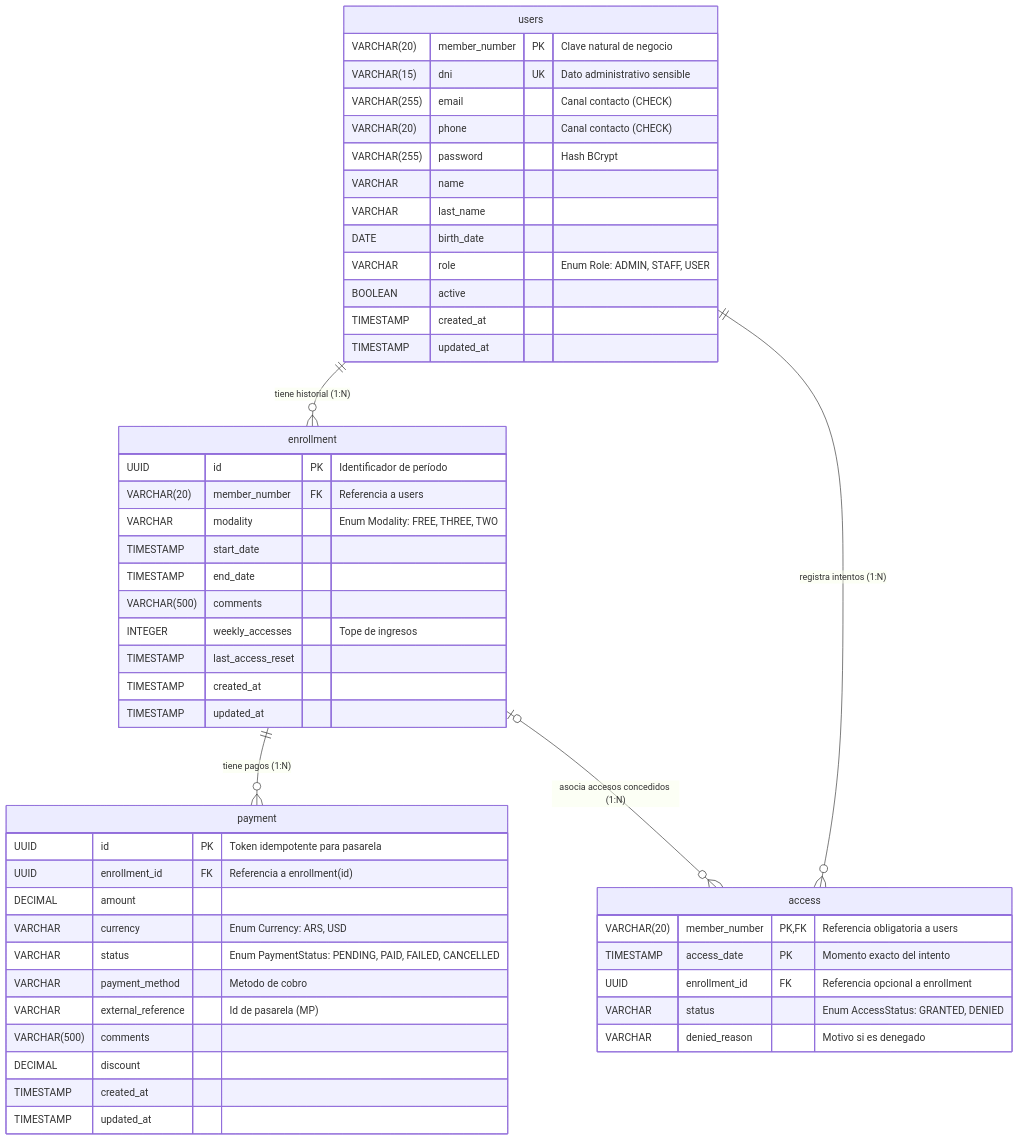
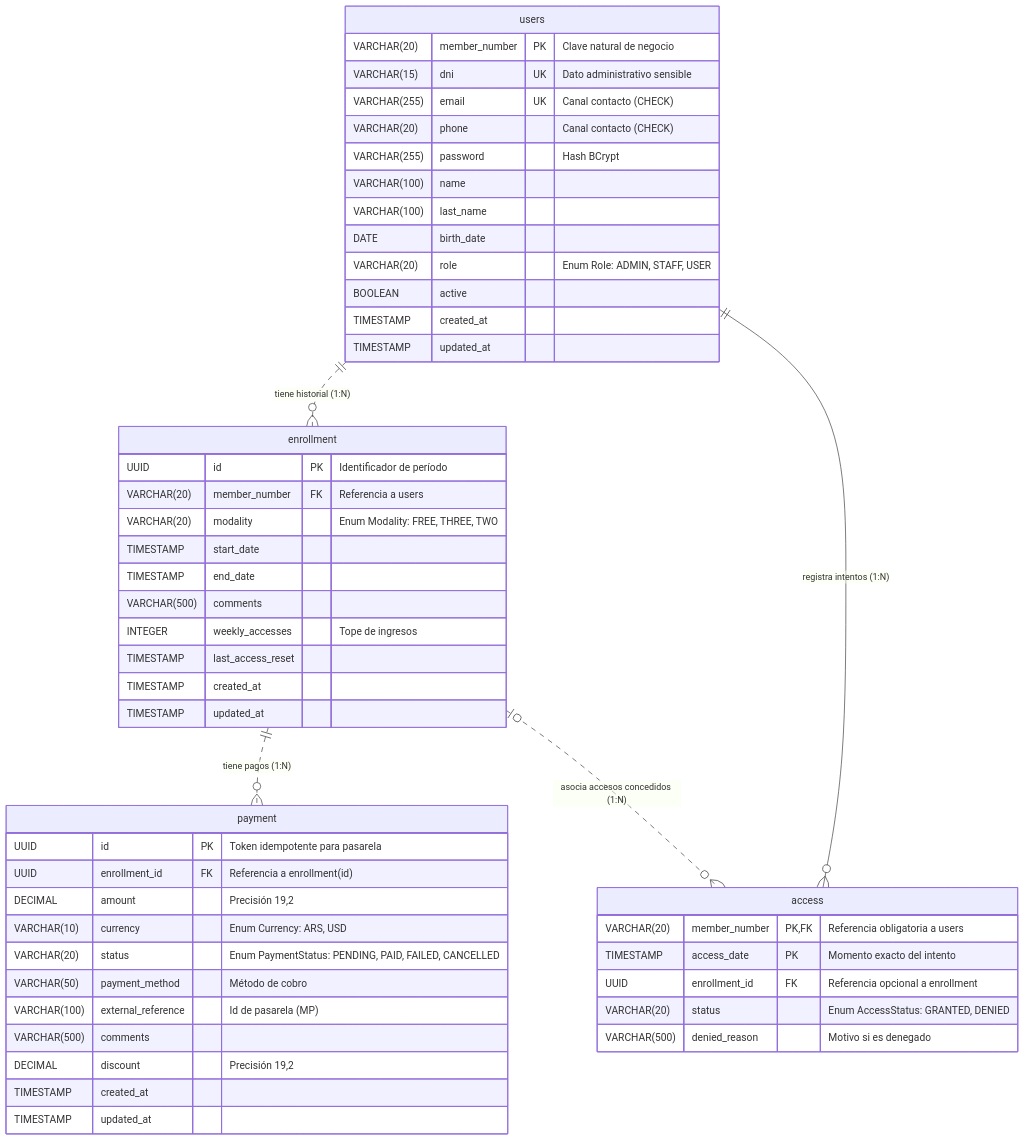
The diagram in docs/entidades.md (santiagovOK/TFI_grupo144), drawn with Mermaid before and after one commit. The commit also changed other lines of this file, not shown here.

Commit message:
docs(schema): align DER and data dictionary with schema.sql

````diff
--- a/docs/entidades.md
+++ b/docs/entidades.md
@@ -7,53 +7,53 @@
 ```mermaid
 erDiagram
     users {
         VARCHAR(20) member_number PK "Clave natural de negocio"
         VARCHAR(15) dni UK "Dato administrativo sensible"
-        VARCHAR(255) email "Canal contacto (CHECK)"
+        VARCHAR(255) email UK "Canal contacto (CHECK)"
         VARCHAR(20) phone "Canal contacto (CHECK)"
         VARCHAR(255) password "Hash BCrypt"
-        VARCHAR name
-        VARCHAR last_name
+        VARCHAR(100) name
+        VARCHAR(100) last_name
         DATE birth_date
-        VARCHAR role "Enum Role: ADMIN, STAFF, USER"
+        VARCHAR(20) role "Enum Role: ADMIN, STAFF, USER"
         BOOLEAN active
         TIMESTAMP created_at
         TIMESTAMP updated_at
     }
     enrollment {
         UUID id PK "Identificador de período"
         VARCHAR(20) member_number FK "Referencia a users"
-        VARCHAR modality "Enum Modality: FREE, THREE, TWO"
+        VARCHAR(20) modality "Enum Modality: FREE, THREE, TWO"
         TIMESTAMP start_date
         TIMESTAMP end_date
         VARCHAR(500) comments
         INTEGER weekly_accesses "Tope de ingresos"
         TIMESTAMP last_access_reset
         TIMESTAMP created_at
         TIMESTAMP updated_at
     }
     payment {
         UUID id PK "Token idempotente para pasarela"
         UUID enrollment_id FK "Referencia a enrollment(id)"
-        DECIMAL amount
-        VARCHAR currency "Enum Currency: ARS, USD"
-        VARCHAR status "Enum PaymentStatus: PENDING, PAID, FAILED, CANCELLED"
-        VARCHAR payment_method "Metodo de cobro"
-        VARCHAR external_reference "Id de pasarela (MP)"
+        DECIMAL amount "Precisión 19,2"
+        VARCHAR(10) currency "Enum Currency: ARS, USD"
+        VARCHAR(20) status "Enum PaymentStatus: PENDING, PAID, FAILED, CANCELLED"
+        VARCHAR(50) payment_method "Método de cobro"
+        VARCHAR(100) external_reference "Id de pasarela (MP)"
         VARCHAR(500) comments
-        DECIMAL discount
+        DECIMAL discount "Precisión 19,2"
         TIMESTAMP created_at
         TIMESTAMP updated_at
     }
     access {
         VARCHAR(20) member_number PK,FK "Referencia obligatoria a users"
         TIMESTAMP access_date PK "Momento exacto del intento"
         UUID enrollment_id FK "Referencia opcional a enrollment"
-        VARCHAR status "Enum AccessStatus: GRANTED, DENIED"
-        VARCHAR denied_reason "Motivo si es denegado"
+        VARCHAR(20) status "Enum AccessStatus: GRANTED, DENIED"
+        VARCHAR(500) denied_reason "Motivo si es denegado"
     }
-    users ||--o{ enrollment : "tiene historial (1:N)"
+    users ||..o{ enrollment : "tiene historial (1:N)"
     users ||--o{ access : "registra intentos (1:N)"
-    enrollment ||--o{ payment : "tiene pagos (1:N)"
-    enrollment |o--o{ access : "asocia accesos concedidos (1:N)"
+    enrollment ||..o{ payment : "tiene pagos (1:N)"
+    enrollment |o..o{ access : "asocia accesos concedidos (1:N)"
 ```
````
